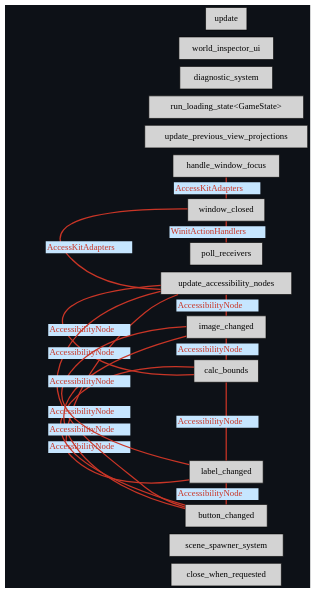
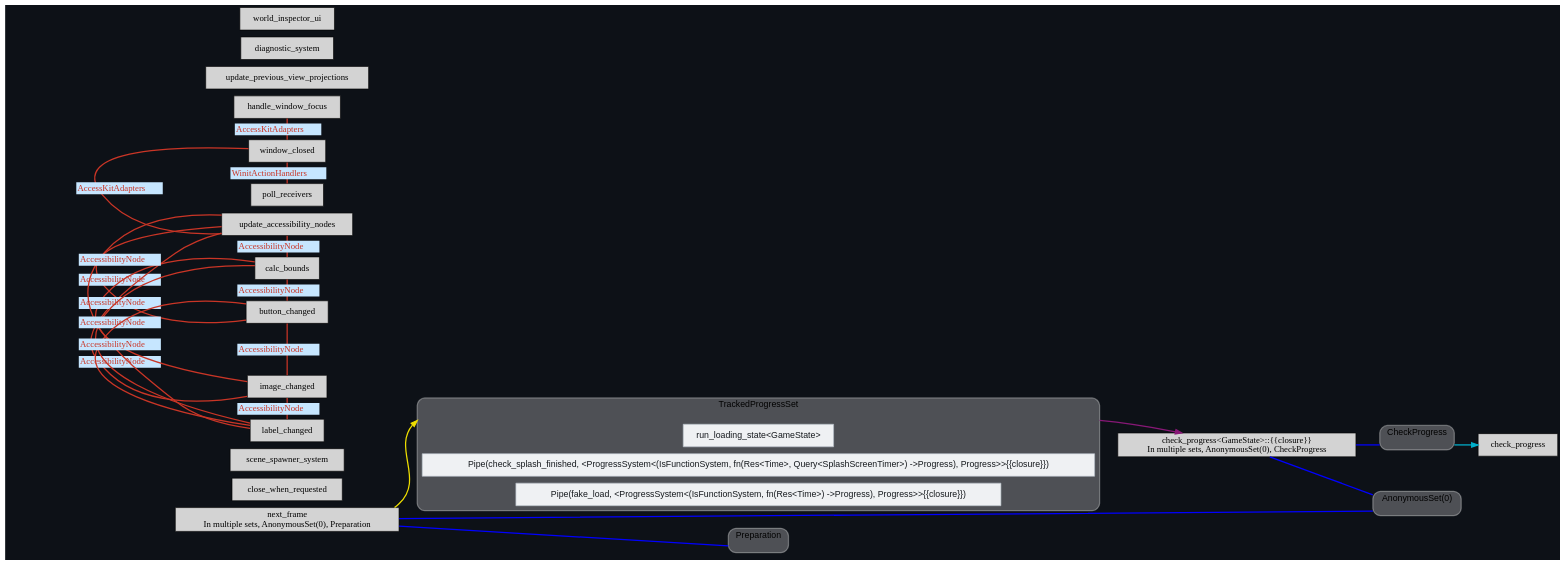
One commit to eerii/hello-bevy changed the diagram in graphs/update-schedule.dot. Above: the diagram before and after it, drawn with Graphviz. The commit also changed 9 other files, not shown here.

Commit message:
feat: loading screen ⏳

```diff
--- a/graphs/update-schedule.dot
+++ b/graphs/update-schedule.dot
@@ -1,38 +1,91 @@
 digraph "" {
 	"compound"="true";
 	"splines"="spline";
 	"rankdir"="LR";
 	"bgcolor"="#0d1117";
 	"fontname"="Helvetica";
 	"nodesep"="0.15";
 	edge ["penwidth"="2"];
 	node ["shape"="box", "style"="filled"];
+	subgraph "clusternode_Set(12)" {
+		"style"="rounded,filled";
+		"label"="TrackedProgressSet";
+		"tooltip"="TrackedProgressSet";
+		"fillcolor"="#ffffff44";
+		"color"="#ffffff50";
+		"penwidth"="2";
+		"set_marker_node_Set(12)" ["style"="invis", "label"="", "height"="0", "shape"="point"]
+		"node_System(11)" ["label"="run_loading_state<GameState>", "tooltip"="bevy_asset_loader::loading_state::systems::run_loading_state<hello_bevy::GameState>", "fillcolor"="#eff1f3", "fontname"="Helvetica", "fontcolor"="#15191d", "color"="#b4bec7", "penwidth"="1"]
+		"node_System(14)" ["label"="Pipe(check_splash_finished, <ProgressSystem<(IsFunctionSystem, fn(Res<Time>, Query<SplashScreenTimer>) ->Progress), Progress>>{{closure}})", "tooltip"="Pipe(hello_bevy::load::check_splash_finished, <hello_bevy::load::check_splash_finished as iyes_progress::ProgressSystem<(bevy_ecs::system::function_system::IsFunctionSystem, fn(bevy_ecs::change_detection::Res<bevy_time::time::Time>, bevy_ecs::system::query::Query<&mut hello_bevy::load::SplashScreenTimer>) -> iyes_progress::Progress), iyes_progress::Progress>>::track_progress::{{closure}})", "fillcolor"="#eff1f3", "fontname"="Helvetica", "fontcolor"="#15191d", "color"="#b4bec7", "penwidth"="1"]
+		"node_System(16)" ["label"="Pipe(fake_load, <ProgressSystem<(IsFunctionSystem, fn(Res<Time>) ->Progress), Progress>>{{closure}})", "tooltip"="Pipe(hello_bevy::load::fake_load, <hello_bevy::load::fake_load as iyes_progress::ProgressSystem<(bevy_ecs::system::function_system::IsFunctionSystem, fn(bevy_ecs::change_detection::Res<bevy_time::time::Time>) -> iyes_progress::Progress), iyes_progress::Progress>>::track_progress::{{closure}})", "fillcolor"="#eff1f3", "fontname"="Helvetica", "fontcolor"="#15191d", "color"="#b4bec7", "penwidth"="1"]
+	}
+	
+	subgraph "clusternode_Set(13)" {
+		"style"="rounded,filled";
+		"label"="AnonymousSet(0)";
+		"tooltip"="AnonymousSet(0)";
+		"fillcolor"="#ffffff44";
+		"color"="#ffffff50";
+		"penwidth"="2";
+		"set_marker_node_Set(13)" ["style"="invis", "label"="", "height"="0", "shape"="point"]
+	}
+	
+	subgraph "clusternode_Set(15)" {
+		"style"="rounded,filled";
+		"label"="Preparation";
+		"tooltip"="Preparation";
+		"fillcolor"="#ffffff44";
+		"color"="#ffffff50";
+		"penwidth"="2";
+		"set_marker_node_Set(15)" ["style"="invis", "label"="", "height"="0", "shape"="point"]
+	}
+	
+	subgraph "clusternode_Set(17)" {
+		"style"="rounded,filled";
+		"label"="CheckProgress";
+		"tooltip"="CheckProgress";
+		"fillcolor"="#ffffff44";
+		"color"="#ffffff50";
+		"penwidth"="2";
+		"set_marker_node_Set(17)" ["style"="invis", "label"="", "height"="0", "shape"="point"]
+	}
+	
 	"node_System(0)" ["label"="close_when_requested", "tooltip"="bevy_window::system::close_when_requested"]
 	"node_System(1)" ["label"="scene_spawner_system", "tooltip"="bevy_scene::scene_spawner::scene_spawner_system"]
 	"node_System(2)" ["label"="handle_window_focus", "tooltip"="bevy_winit::accessibility::handle_window_focus"]
 	"node_System(3)" ["label"="window_closed", "tooltip"="bevy_winit::accessibility::window_closed"]
 	"node_System(4)" ["label"="poll_receivers", "tooltip"="bevy_winit::accessibility::poll_receivers"]
 	"node_System(5)" ["label"="update_accessibility_nodes", "tooltip"="bevy_winit::accessibility::update_accessibility_nodes"]
 	"node_System(6)" ["label"="calc_bounds", "tooltip"="bevy_ui::accessibility::calc_bounds"]
 	"node_System(7)" ["label"="button_changed", "tooltip"="bevy_ui::accessibility::button_changed"]
 	"node_System(8)" ["label"="image_changed", "tooltip"="bevy_ui::accessibility::image_changed"]
 	"node_System(9)" ["label"="label_changed", "tooltip"="bevy_ui::accessibility::label_changed"]
 	"node_System(10)" ["label"="update_previous_view_projections", "tooltip"="bevy_pbr::prepass::update_previous_view_projections"]
-	"node_System(11)" ["label"="run_loading_state<GameState>", "tooltip"="bevy_asset_loader::loading_state::systems::run_loading_state<hello_bevy::GameState>"]
-	"node_System(12)" ["label"="diagnostic_system", "tooltip"="bevy_diagnostic::frame_time_diagnostics_plugin::FrameTimeDiagnosticsPlugin::diagnostic_system"]
-	"node_System(13)" ["label"="world_inspector_ui", "tooltip"="bevy_inspector_egui::quick::world_inspector_ui"]
-	"node_System(14)" ["label"="update", "tooltip"="hello_bevy::update"]
+	"node_System(15)" ["label"="check_progress", "tooltip"="hello_bevy::load::check_progress"]
+	"node_System(17)" ["label"="diagnostic_system", "tooltip"="bevy_diagnostic::frame_time_diagnostics_plugin::FrameTimeDiagnosticsPlugin::diagnostic_system"]
+	"node_System(18)" ["label"="world_inspector_ui", "tooltip"="bevy_inspector_egui::quick::world_inspector_ui"]
+	"node_System(12)" -> "set_marker_node_Set(13)" ["dir"="none", "color"="blue", "lhead"="clusternode_Set(13)"]
+	"node_System(12)" -> "set_marker_node_Set(15)" ["dir"="none", "color"="blue", "lhead"="clusternode_Set(15)"]
+	"node_System(12)" ["label"="next_frame
+In multiple sets, AnonymousSet(0), Preparation", "tooltip"="iyes_progress::next_frame"]
+	"node_System(13)" -> "set_marker_node_Set(13)" ["dir"="none", "color"="blue", "lhead"="clusternode_Set(13)"]
+	"node_System(13)" -> "set_marker_node_Set(17)" ["dir"="none", "color"="blue", "lhead"="clusternode_Set(17)"]
+	"node_System(13)" ["label"="check_progress<GameState>::{{closure}}
+In multiple sets, AnonymousSet(0), CheckProgress", "tooltip"="iyes_progress::check_progress<hello_bevy::GameState>::{{closure}}"]
+	"node_System(12)" -> "set_marker_node_Set(12)" ["lhead"="clusternode_Set(12)", "ltail"="", "tooltip"="next_frame → TrackedProgressSet", "color"="#eede00"]
+	"set_marker_node_Set(12)" -> "node_System(13)" ["lhead"="", "ltail"="clusternode_Set(12)", "tooltip"="TrackedProgressSet → check_progress<GameState>::{{closure}}", "color"="#881877"]
+	"set_marker_node_Set(17)" -> "node_System(15)" ["lhead"="", "ltail"="clusternode_Set(17)", "tooltip"="CheckProgress → check_progress", "color"="#00b0cc"]
 	"node_System(3)" -> "node_System(2)" ["dir"="none", "constraint"="false", "color"="#c93526", "fontcolor"="#c93526", "label"=<<table border="0" cellborder="0"><tr><td bgcolor="#c6e6ff">AccessKitAdapters</td></tr></table>>, "labeltooltip"="window_closed — handle_window_focus"]
 	"node_System(4)" -> "node_System(3)" ["dir"="none", "constraint"="false", "color"="#c93526", "fontcolor"="#c93526", "label"=<<table border="0" cellborder="0"><tr><td bgcolor="#c6e6ff">WinitActionHandlers</td></tr></table>>, "labeltooltip"="poll_receivers — window_closed"]
 	"node_System(5)" -> "node_System(3)" ["dir"="none", "constraint"="false", "color"="#c93526", "fontcolor"="#c93526", "label"=<<table border="0" cellborder="0"><tr><td bgcolor="#c6e6ff">AccessKitAdapters</td></tr></table>>, "labeltooltip"="update_accessibility_nodes — window_closed"]
-	"node_System(5)" -> "node_System(8)" ["dir"="none", "constraint"="false", "color"="#c93526", "fontcolor"="#c93526", "label"=<<table border="0" cellborder="0"><tr><td bgcolor="#c6e6ff">AccessibilityNode</td></tr></table>>, "labeltooltip"="update_accessibility_nodes — image_changed"]
-	"node_System(5)" -> "node_System(9)" ["dir"="none", "constraint"="false", "color"="#c93526", "fontcolor"="#c93526", "label"=<<table border="0" cellborder="0"><tr><td bgcolor="#c6e6ff">AccessibilityNode</td></tr></table>>, "labeltooltip"="update_accessibility_nodes — label_changed"]
 	"node_System(6)" -> "node_System(5)" ["dir"="none", "constraint"="false", "color"="#c93526", "fontcolor"="#c93526", "label"=<<table border="0" cellborder="0"><tr><td bgcolor="#c6e6ff">AccessibilityNode</td></tr></table>>, "labeltooltip"="calc_bounds — update_accessibility_nodes"]
-	"node_System(6)" -> "node_System(8)" ["dir"="none", "constraint"="false", "color"="#c93526", "fontcolor"="#c93526", "label"=<<table border="0" cellborder="0"><tr><td bgcolor="#c6e6ff">AccessibilityNode</td></tr></table>>, "labeltooltip"="calc_bounds — image_changed"]
-	"node_System(6)" -> "node_System(9)" ["dir"="none", "constraint"="false", "color"="#c93526", "fontcolor"="#c93526", "label"=<<table border="0" cellborder="0"><tr><td bgcolor="#c6e6ff">AccessibilityNode</td></tr></table>>, "labeltooltip"="calc_bounds — label_changed"]
 	"node_System(7)" -> "node_System(5)" ["dir"="none", "constraint"="false", "color"="#c93526", "fontcolor"="#c93526", "label"=<<table border="0" cellborder="0"><tr><td bgcolor="#c6e6ff">AccessibilityNode</td></tr></table>>, "labeltooltip"="button_changed — update_accessibility_nodes"]
 	"node_System(7)" -> "node_System(6)" ["dir"="none", "constraint"="false", "color"="#c93526", "fontcolor"="#c93526", "label"=<<table border="0" cellborder="0"><tr><td bgcolor="#c6e6ff">AccessibilityNode</td></tr></table>>, "labeltooltip"="button_changed — calc_bounds"]
-	"node_System(7)" -> "node_System(8)" ["dir"="none", "constraint"="false", "color"="#c93526", "fontcolor"="#c93526", "label"=<<table border="0" cellborder="0"><tr><td bgcolor="#c6e6ff">AccessibilityNode</td></tr></table>>, "labeltooltip"="button_changed — image_changed"]
-	"node_System(7)" -> "node_System(9)" ["dir"="none", "constraint"="false", "color"="#c93526", "fontcolor"="#c93526", "label"=<<table border="0" cellborder="0"><tr><td bgcolor="#c6e6ff">AccessibilityNode</td></tr></table>>, "labeltooltip"="button_changed — label_changed"]
+	"node_System(8)" -> "node_System(5)" ["dir"="none", "constraint"="false", "color"="#c93526", "fontcolor"="#c93526", "label"=<<table border="0" cellborder="0"><tr><td bgcolor="#c6e6ff">AccessibilityNode</td></tr></table>>, "labeltooltip"="image_changed — update_accessibility_nodes"]
+	"node_System(8)" -> "node_System(6)" ["dir"="none", "constraint"="false", "color"="#c93526", "fontcolor"="#c93526", "label"=<<table border="0" cellborder="0"><tr><td bgcolor="#c6e6ff">AccessibilityNode</td></tr></table>>, "labeltooltip"="image_changed — calc_bounds"]
+	"node_System(8)" -> "node_System(7)" ["dir"="none", "constraint"="false", "color"="#c93526", "fontcolor"="#c93526", "label"=<<table border="0" cellborder="0"><tr><td bgcolor="#c6e6ff">AccessibilityNode</td></tr></table>>, "labeltooltip"="image_changed — button_changed"]
+	"node_System(9)" -> "node_System(5)" ["dir"="none", "constraint"="false", "color"="#c93526", "fontcolor"="#c93526", "label"=<<table border="0" cellborder="0"><tr><td bgcolor="#c6e6ff">AccessibilityNode</td></tr></table>>, "labeltooltip"="label_changed — update_accessibility_nodes"]
+	"node_System(9)" -> "node_System(6)" ["dir"="none", "constraint"="false", "color"="#c93526", "fontcolor"="#c93526", "label"=<<table border="0" cellborder="0"><tr><td bgcolor="#c6e6ff">AccessibilityNode</td></tr></table>>, "labeltooltip"="label_changed — calc_bounds"]
+	"node_System(9)" -> "node_System(7)" ["dir"="none", "constraint"="false", "color"="#c93526", "fontcolor"="#c93526", "label"=<<table border="0" cellborder="0"><tr><td bgcolor="#c6e6ff">AccessibilityNode</td></tr></table>>, "labeltooltip"="label_changed — button_changed"]
 	"node_System(9)" -> "node_System(8)" ["dir"="none", "constraint"="false", "color"="#c93526", "fontcolor"="#c93526", "label"=<<table border="0" cellborder="0"><tr><td bgcolor="#c6e6ff">AccessibilityNode</td></tr></table>>, "labeltooltip"="label_changed — image_changed"]
 }
```
